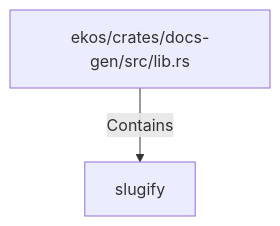
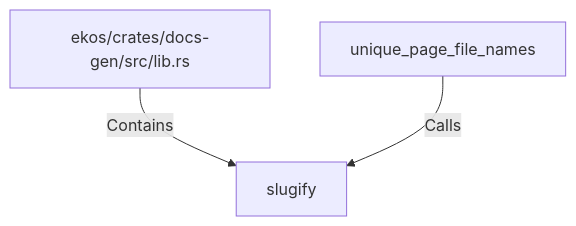
Before and after one commit to alexeyban/EKOS: the diagram in doc/entities/rustsymbol/sl/slugify.md, drawn with Mermaid. The commit also changed other lines of this file and 552 other files, not shown here.

````diff
--- a/doc/entities/rustsymbol/sl/slugify.md
+++ b/doc/entities/rustsymbol/sl/slugify.md
@@ -17,6 +21,8 @@
 ```mermaid
 graph TD
     n80d6b756c6c654a6821f35dc19beb316["slugify"]
     n6ca4fba018e559b798767dae72e2ce0e["ekos/crates/docs-gen/src/lib.rs"]
     n6ca4fba018e559b798767dae72e2ce0e -->|Contains| n80d6b756c6c654a6821f35dc19beb316
+    n136d1c6de6f65cda97d83454bbc0d5e7["unique_page_file_names"]
+    n136d1c6de6f65cda97d83454bbc0d5e7 -->|Calls| n80d6b756c6c654a6821f35dc19beb316
 ```
````
